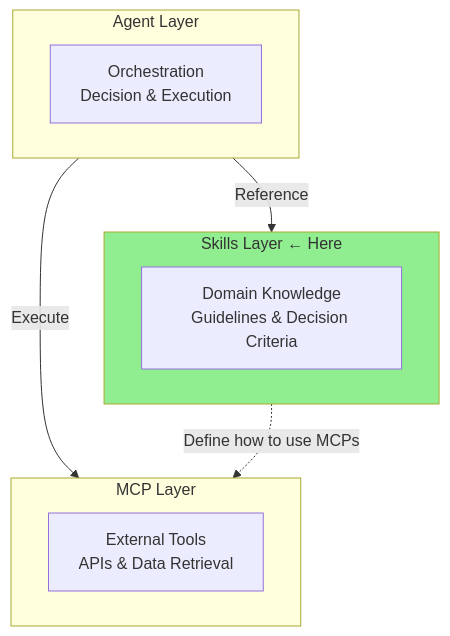
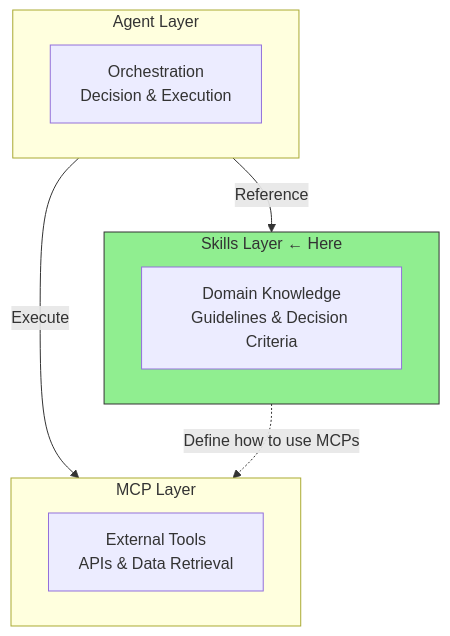
The first of 3 diagrams in docs/skills/creating-skills.md (shuji-bonji/ai-agent-architecture), drawn with Mermaid before and after one commit. The commit also changed other lines of this file and 13 other files, not shown here.

Commit message:
fix: Mermaidダイアグラム図の改善

````diff
--- a/docs/skills/creating-skills.md
+++ b/docs/skills/creating-skills.md
@@ -15,20 +15,20 @@
 ```mermaid
 graph TB
     subgraph Agent["Agent Layer"]
         A[Orchestration<br/>Decision & Execution]
     end
 
     subgraph Skills["Skills Layer ← Here"]
         S[Domain Knowledge<br/>Guidelines & Decision Criteria]
     end
 
     subgraph MCP["MCP Layer"]
         M[External Tools<br/>APIs & Data Retrieval]
     end
 
     Agent -->|"Reference"| Skills
     Agent -->|"Execute"| MCP
     Skills -.->|"Define how to use MCPs"| MCP
 
-    style Skills fill:#90EE90
+    style Skills fill:#90EE90,stroke:#333
 ```
````
